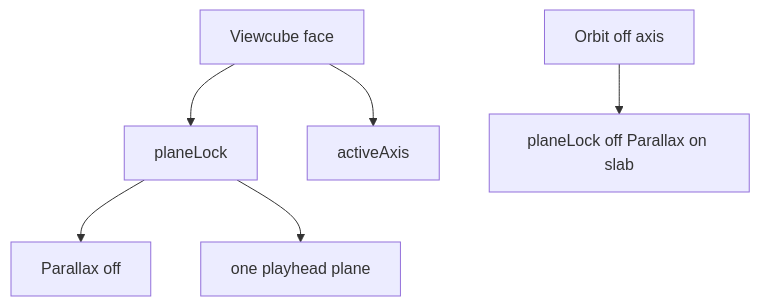
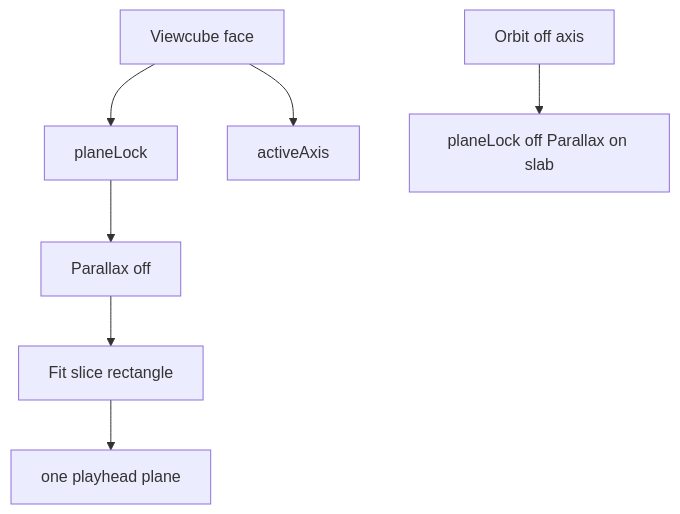
One commit to PiMaV/DONNER changed diagram 17 of 27 in architecture.md. Above: the diagram before and after it, drawn with Mermaid. The commit also changed other lines of this file and 22 other files, not shown here.

````diff
--- a/architecture.md
+++ b/architecture.md
@@ -429,14 +467,14 @@
 ```mermaid
 flowchart TB
   face[Viewcube face]
   lock[planeLock]
   ortho[Parallax off]
+  fit[Fit slice rectangle]
   axis[activeAxis]
   one[one playhead plane]
   orbit[Orbit off axis]
   volume[planeLock off Parallax on slab]
-  face --> lock --> ortho
+  face --> lock --> ortho --> fit --> one
   face --> axis
-  lock --> one
   orbit --> volume
 ```
````
